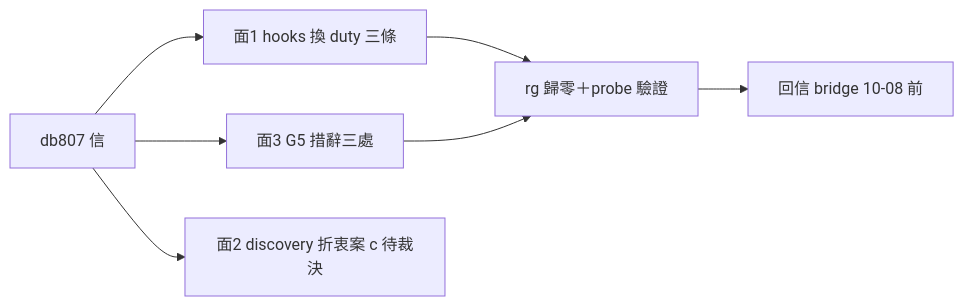
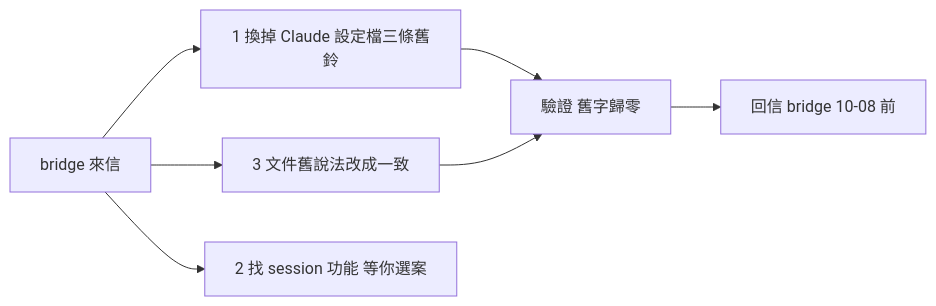
One commit to ChiahungTai/ai-guide changed the diagram in backlog/tasks/air-272 - db807-換源三面——Claude-hooks-discovery-G5（回信承諾-10-08-EOD）.md. Above: the diagram before and after it, drawn with Mermaid. The commit also changed other lines of this file and 1 other file, not shown here.

````diff
--- a/backlog/tasks/air-272 - db807-換源三面——Claude-hooks-discovery-G5（回信承諾-10-08-EOD）.md
+++ b/backlog/tasks/air-272 - db807-換源三面——Claude-hooks-discovery-G5（回信承諾-10-08-EOD）.md
@@ -24,9 +28,9 @@
 ```mermaid
 flowchart LR
-  l["db807 信"] --> f1["面1 hooks 換 duty 三條"]
-  l --> f3["面3 G5 措辭三處"]
-  l --> f2["面2 discovery 折衷案 c 待裁決"]
-  f1 --> v["rg 歸零＋probe 驗證"]
+  l["bridge 來信"] --> f1["1 換掉 Claude 設定檔三條舊鈴"]
+  l --> f3["3 文件舊說法改成一致"]
+  l --> f2["2 找 session 功能 等你選案"]
+  f1 --> v["驗證 舊字歸零"]
   f3 --> v
   v --> r["回信 bridge 10-08 前"]
 ```
````
